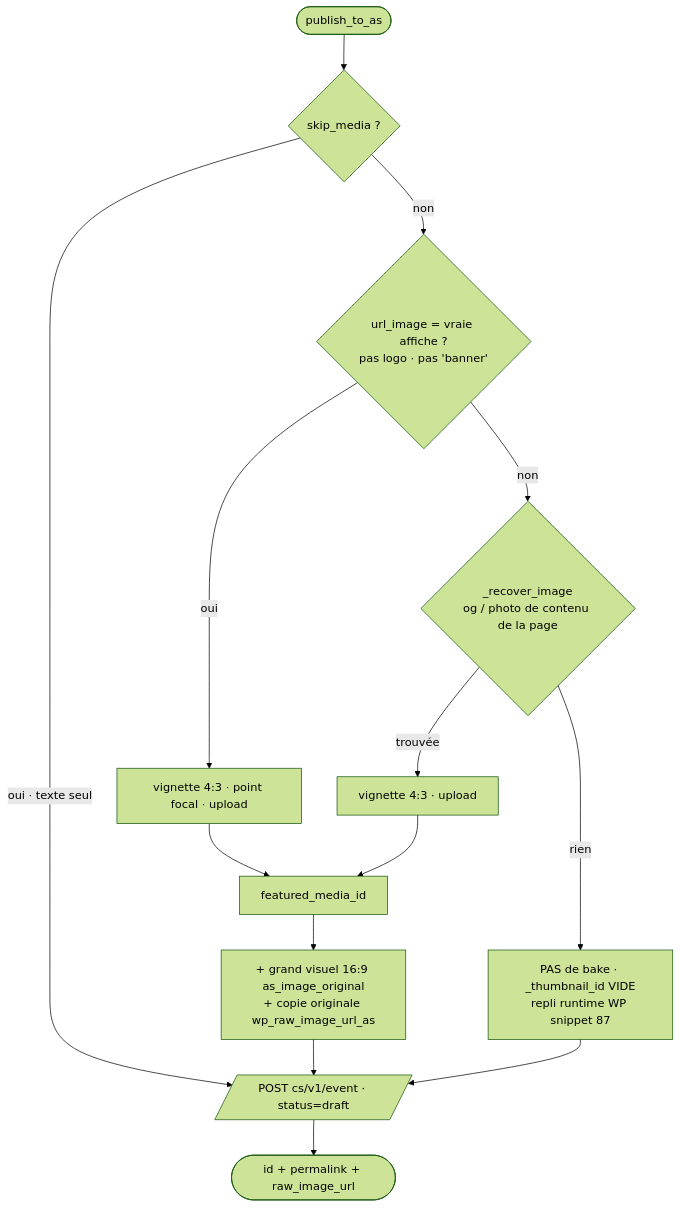
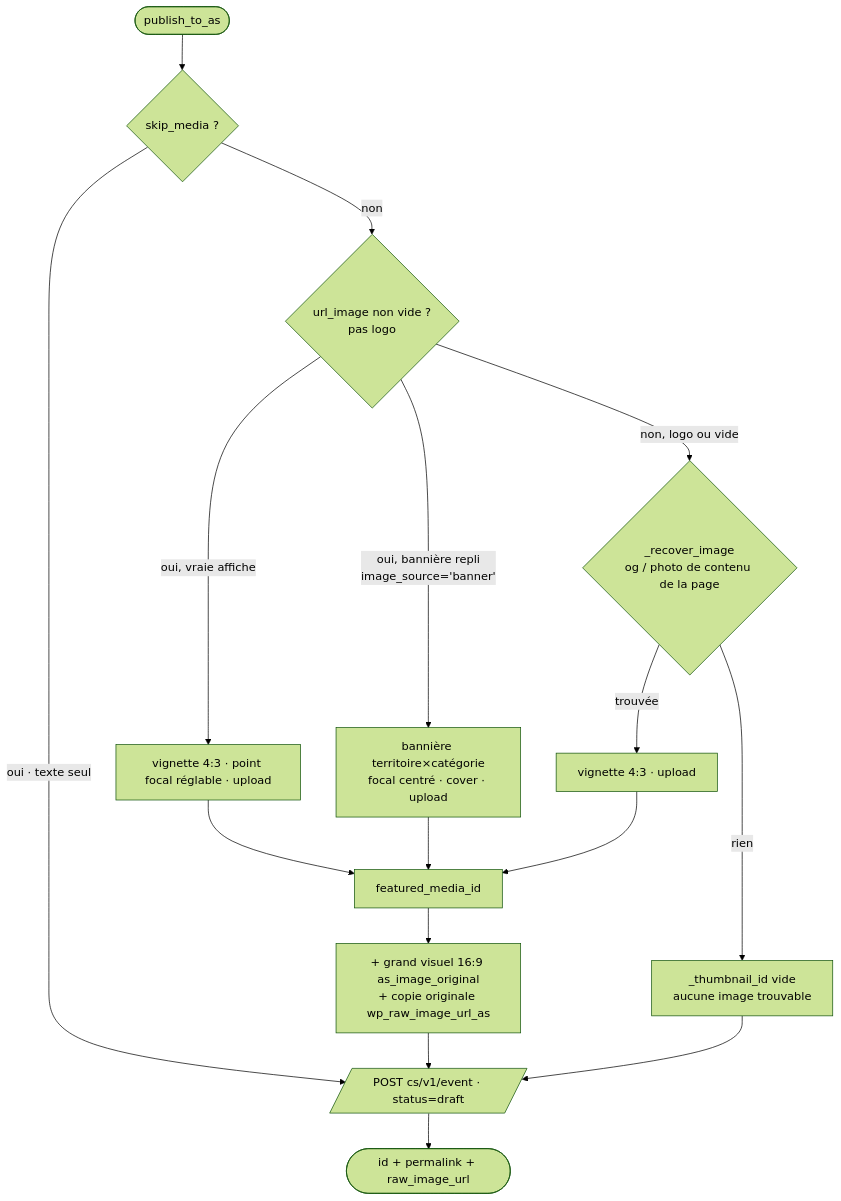
One commit to monodf-beep/evenements changed the second of 3 diagrams in docs/PIPELINE_DIFFUSION.md. Above: the diagram before and after it, drawn with Mermaid (forest theme). The commit also changed other lines of this file and 2 other files, not shown here.

Commit message:
fix(publisher_as): réactive l'upload réel de la bannière de repli (plus de filtre WP)
Franck : refus explicite qu'un snippet/filtre WordPress "génère" l'image affichée,
même quand la source est une des nôtres (fallback-{terr}-{cat}.png). Revient sur la
décision anti-bake du 26/07 : image_source='banner' suit désormais le MÊME chemin
d'upload que la vraie affiche (focal centré, mode cover), au lieu de laisser
_thumbnail_id vide et de compter sur le snippet WP #87 pour l'afficher à la volée.

docs/IMAGES.md §10 et docs/PIPELINE_DIFFUSION.md mis à jour en conséquence.

Claude-Session: https://claude.ai/code/session_0147TFWxBFXGbXtme5LYm1nT

````diff
--- a/docs/PIPELINE_DIFFUSION.md
+++ b/docs/PIPELINE_DIFFUSION.md
@@ -122,14 +122,15 @@
 ```mermaid
 flowchart TD
   start([publish_to_as]) --> skip{skip_media ?}
   skip -->|oui · texte seul| endp
-  skip -->|non| real{url_image = vraie affiche ?<br/>pas logo · pas 'banner'}
-  real -->|oui| up1[vignette 4:3 · point focal · upload] --> okm[featured_media_id]
-  real -->|non| rec{_recover_image<br/>og / photo de contenu de la page}
+  skip -->|non| real{url_image non vide ?<br/>pas logo}
+  real -->|oui, vraie affiche| up1[vignette 4:3 · point focal réglable · upload] --> okm[featured_media_id]
+  real -->|oui, bannière repli<br/>image_source='banner'| up1b[bannière territoire×catégorie<br/>focal centré · cover · upload] --> okm
+  real -->|non, logo ou vide| rec{_recover_image<br/>og / photo de contenu de la page}
   rec -->|trouvée| up2[vignette 4:3 · upload] --> okm
-  rec -->|rien| noimg[PAS de bake · _thumbnail_id VIDE<br/>repli runtime WP snippet 87]
+  rec -->|rien| noimg[_thumbnail_id vide<br/>aucune image trouvable]
   okm --> hero[+ grand visuel 16:9 as_image_original<br/>+ copie originale wp_raw_image_url_as]
   hero --> endp[/POST cs/v1/event · status=draft/]
   noimg --> endp
   endp --> done([id + permalink + raw_image_url])
 ```
````
